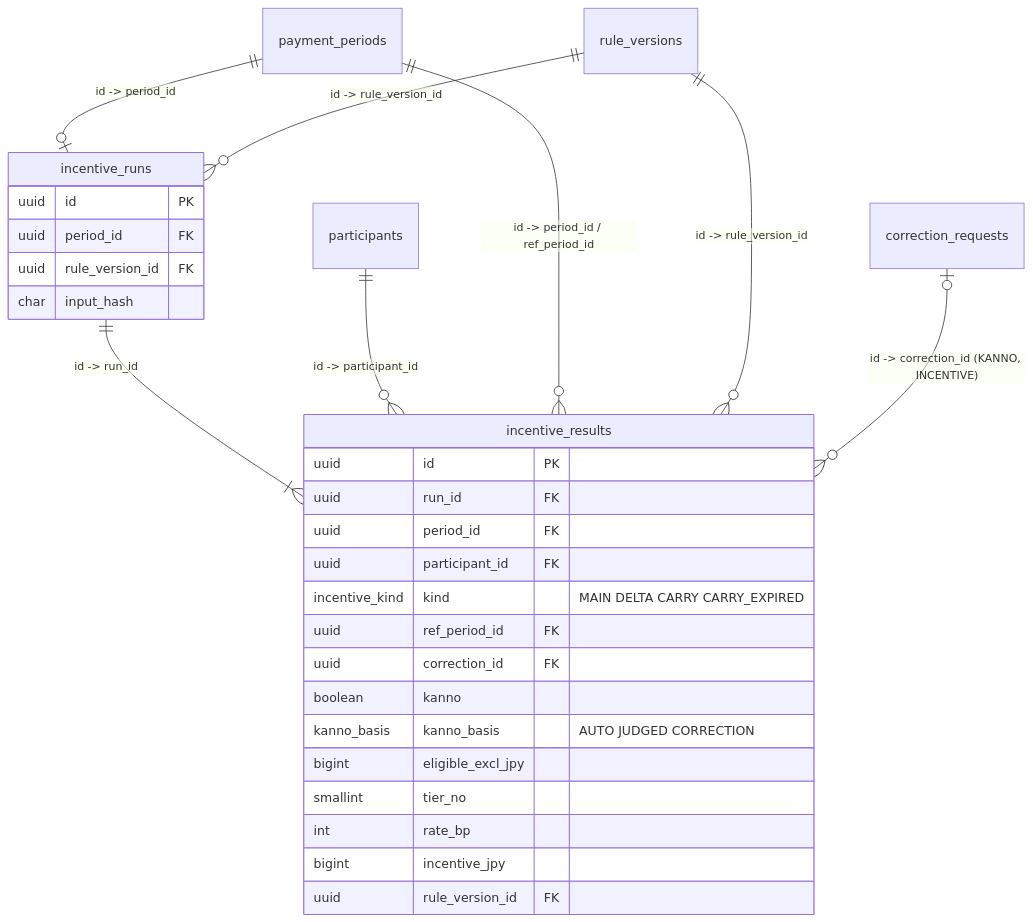
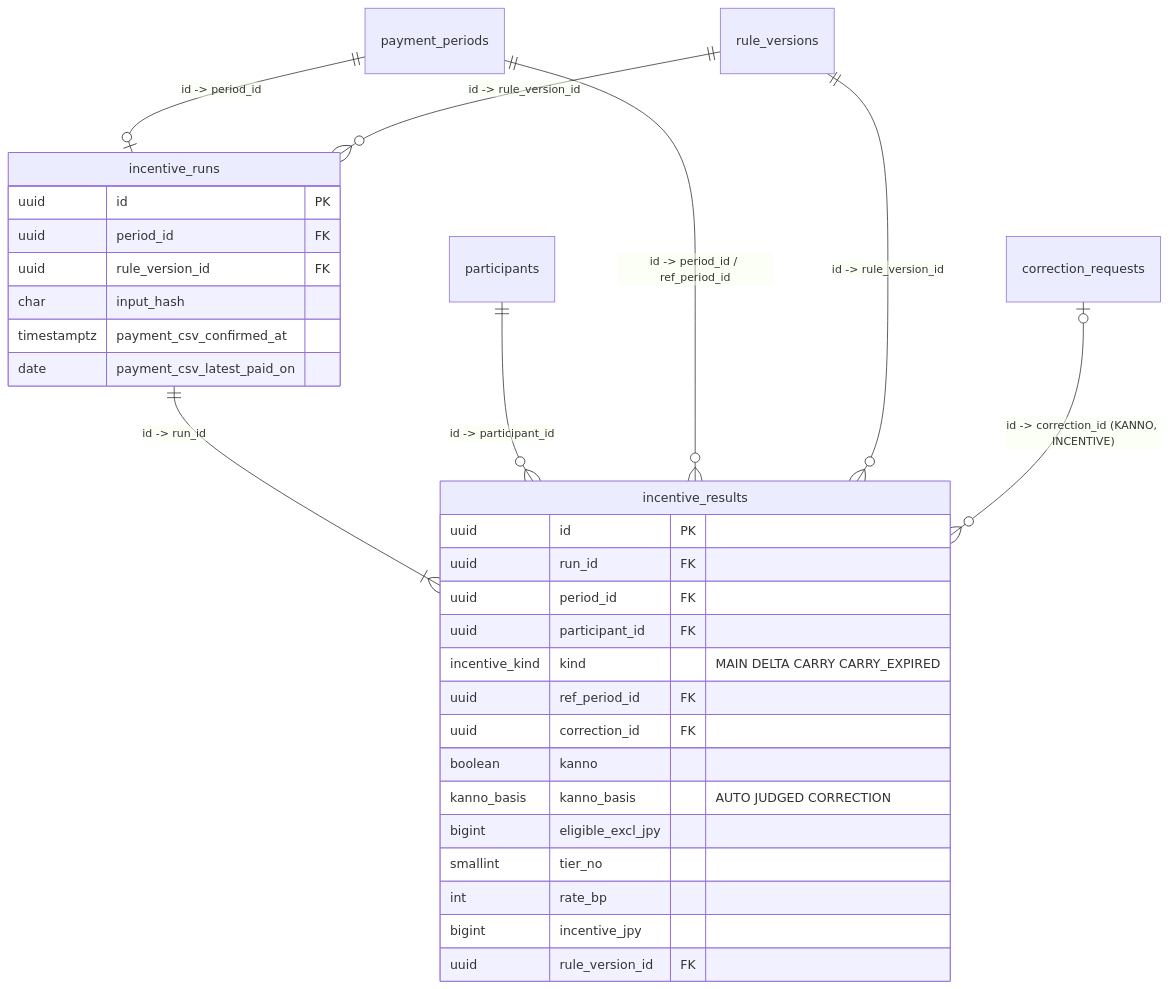
One commit to phuongnnm-23344/lab-wholesale-market changed the diagram in specs/system-design/database-design/INCENTIVE_DB.md. Above: the diagram before and after it, drawn with Mermaid. The commit also changed other lines of this file and 12 other files, not shown here.

````diff
--- a/specs/system-design/database-design/INCENTIVE_DB.md
+++ b/specs/system-design/database-design/INCENTIVE_DB.md
@@ -53,33 +54,35 @@
 ```mermaid
 erDiagram
   payment_periods ||--o| incentive_runs : "id -> period_id"
   rule_versions ||--o{ incentive_runs : "id -> rule_version_id"
   incentive_runs ||--|{ incentive_results : "id -> run_id"
   participants ||--o{ incentive_results : "id -> participant_id"
   payment_periods ||--o{ incentive_results : "id -> period_id / ref_period_id"
   rule_versions ||--o{ incentive_results : "id -> rule_version_id"
   correction_requests |o--o{ incentive_results : "id -> correction_id (KANNO, INCENTIVE)"
 
   incentive_runs {
     uuid id PK
     uuid period_id FK
     uuid rule_version_id FK
     char input_hash
+    timestamptz payment_csv_confirmed_at
+    date payment_csv_latest_paid_on
   }
   incentive_results {
     uuid id PK
     uuid run_id FK
     uuid period_id FK
     uuid participant_id FK
     incentive_kind kind "MAIN DELTA CARRY CARRY_EXPIRED"
     uuid ref_period_id FK
     uuid correction_id FK
     boolean kanno
     kanno_basis kanno_basis "AUTO JUDGED CORRECTION"
     bigint eligible_excl_jpy
     smallint tier_no
     int rate_bp
     bigint incentive_jpy
     uuid rule_version_id FK
   }
 ```
````
